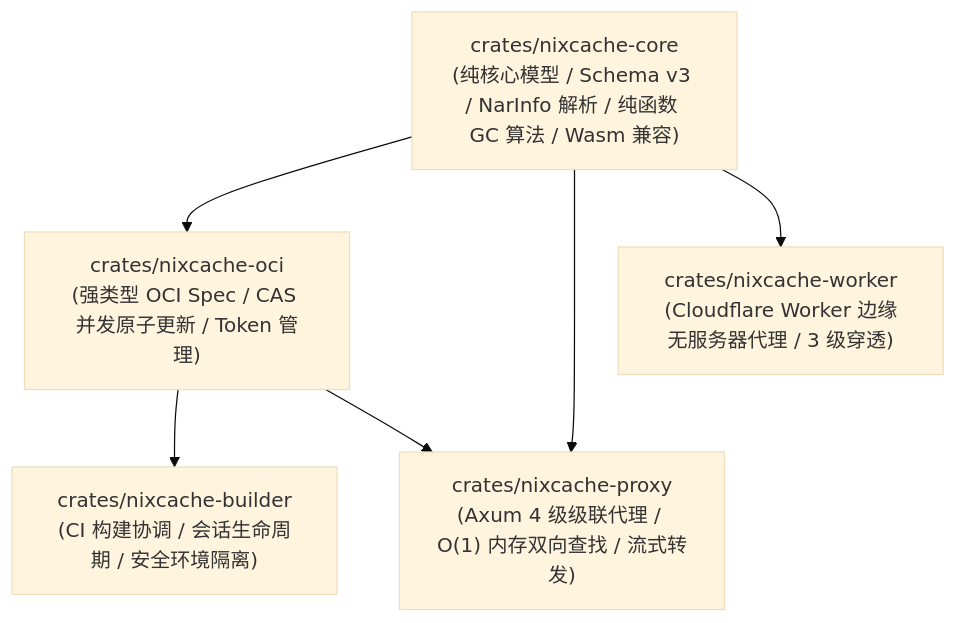
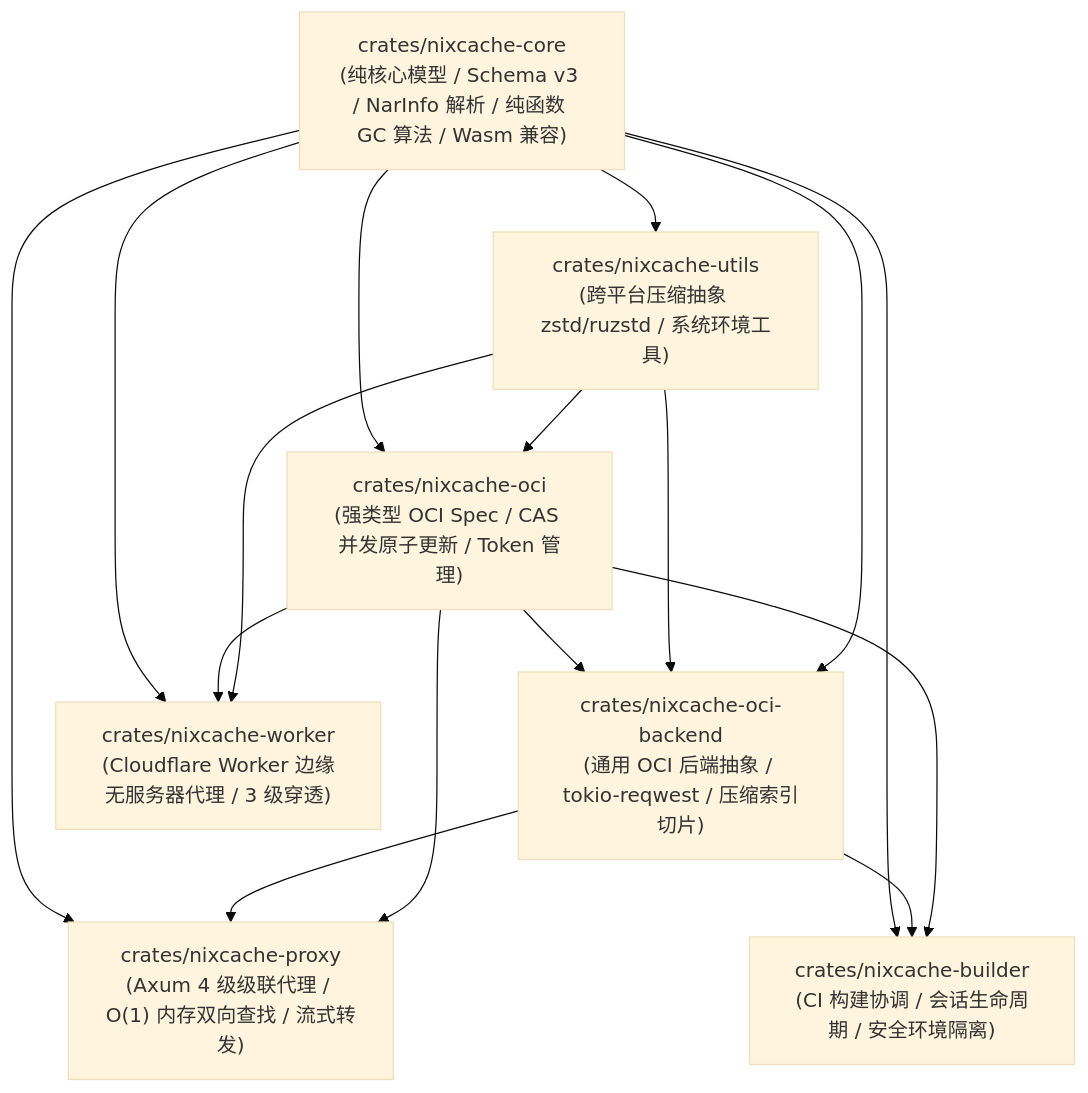
One commit to shaogme/nixcache-oci changed the first of 3 diagrams in README.md. Above: the diagram before and after it, drawn with Mermaid (base theme). The commit also changed other lines of this file and 1 other file, not shown here.

First line of the commit message:
docs: document architecture and CI cache workflows

````diff
--- a/README.md
+++ b/README.md
@@ -651,14 +711,26 @@
 ```mermaid
 flowchart TD
     Core["crates/nixcache-core<br>(纯核心模型 / Schema v3 / NarInfo 解析 / 纯函数 GC 算法 / Wasm 兼容)"]
+    Utils["crates/nixcache-utils<br>(跨平台压缩抽象 zstd/ruzstd / 系统环境工具)"]
     OCI["crates/nixcache-oci<br>(强类型 OCI Spec / CAS 并发原子更新 / Token 管理)"]
+    Backend["crates/nixcache-oci-backend<br>(通用 OCI 后端抽象 / tokio-reqwest / 压缩索引切片)"]
     Proxy["crates/nixcache-proxy<br>(Axum 4 级级联代理 / O(1) 内存双向查找 / 流式转发)"]
     Builder["crates/nixcache-builder<br>(CI 构建协调 / 会话生命周期 / 安全环境隔离)"]
     Worker["crates/nixcache-worker<br>(Cloudflare Worker 边缘无服务器代理 / 3 级穿透)"]
 
+    Core --> Utils
     Core --> OCI
+    Utils --> OCI
+    OCI --> Backend
+    Utils --> Backend
+    Core --> Backend
     Core --> Proxy
+    Backend --> Proxy
+    OCI --> Proxy
+    Core --> Builder
+    Backend --> Builder
+    OCI --> Builder
     Core --> Worker
-    OCI --> Builder
-    OCI --> Proxy
+    OCI --> Worker
+    Utils --> Worker
 ```
````
